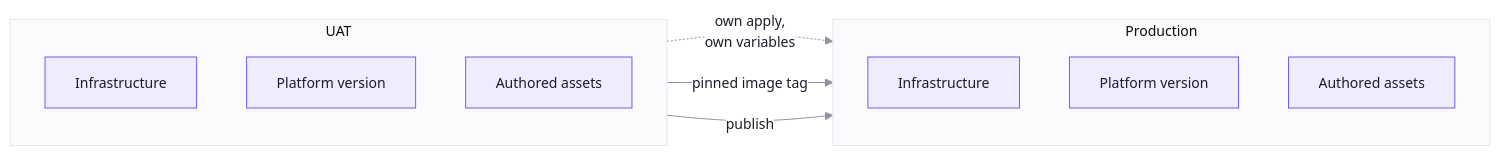
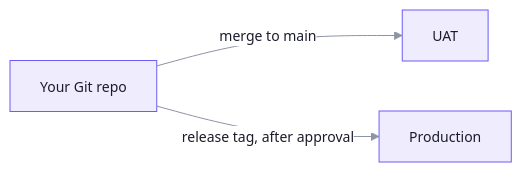
Before and after one commit to unoverse-platform/docs: the diagram in architecture/environments.md, drawn with Mermaid. The commit also changed other lines of this file and 15 other files, not shown here.

````diff
--- a/architecture/environments.md
+++ b/architecture/environments.md
@@ -17,21 +36,9 @@
 ```mermaid
 %%{init: {"theme":"base","themeVariables":{"fontFamily":"Inter, ui-sans-serif, system-ui","fontSize":"14px","primaryColor":"#EFECFE","primaryBorderColor":"#6D5DF6","primaryTextColor":"#1B1C2A","secondaryColor":"#F4F4F7","tertiaryColor":"#F4F4F7","lineColor":"#8E94A4","clusterBkg":"#FBFBFD","clusterBorder":"#E4E5EC","edgeLabelBackground":"#FFFFFF","nodeBorder":"#6D5DF6"}}}%%
 flowchart LR
-  subgraph U ["UAT"]
-    direction TB
-    U1["Infrastructure"]
-    U2["Platform version"]
-    U3["Authored assets"]
-  end
-
-  subgraph P ["Production"]
-    direction TB
-    P1["Infrastructure"]
-    P2["Platform version"]
-    P3["Authored assets"]
-  end
-
-  U1 -.->|"own apply,<br/>own variables"| P1
-  U2 -->|"pinned image tag"| P2
-  U3 -->|"publish"| P3
+  R["Your Git repo"]
+  U["UAT"]
+  P["Production"]
+  R -->|"merge to main"| U
+  R -->|"release tag, after approval"| P
 ```
````
